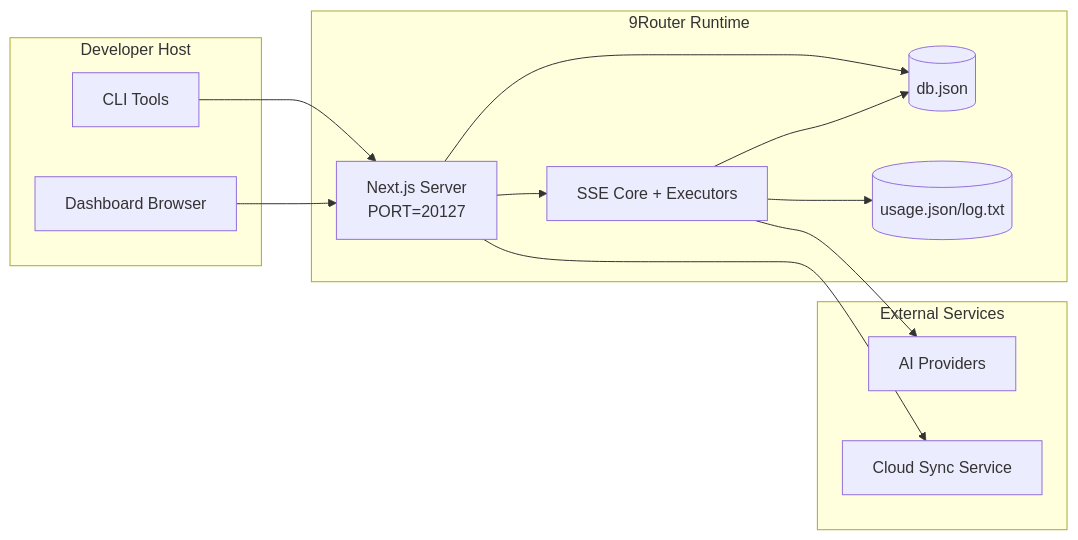
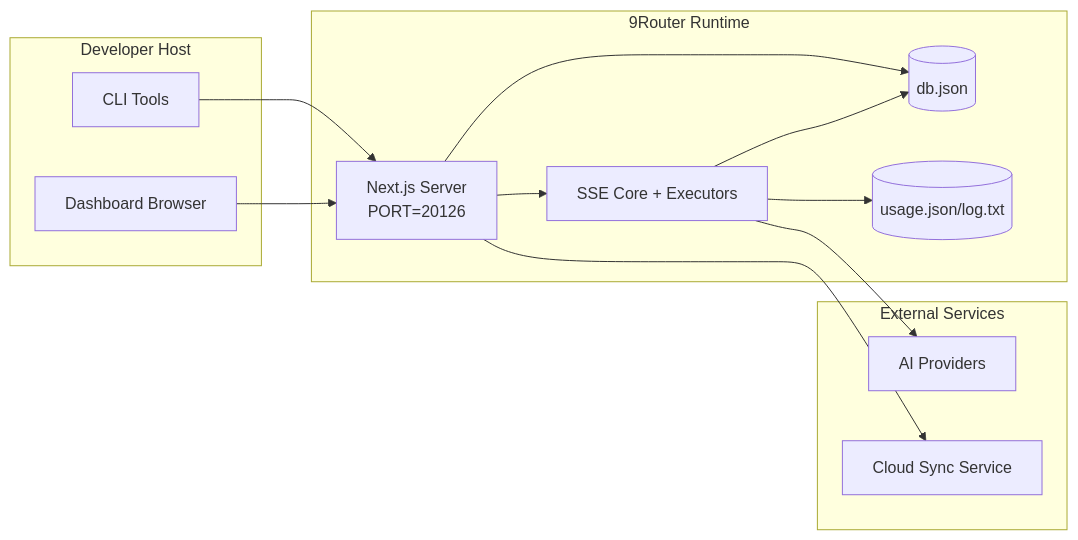
Before and after one commit to thanhpk6120/t-router: the seventh of 7 diagrams in docs/ARCHITECTURE.md, drawn with Mermaid. The commit also changed other lines of this file and 56 other files, not shown here.

````diff
--- a/docs/ARCHITECTURE.md
+++ b/docs/ARCHITECTURE.md
@@ -387,28 +387,28 @@
 ```mermaid
 flowchart LR
     subgraph LocalHost[Developer Host]
         CLI[CLI Tools]
         Browser[Dashboard Browser]
     end
 
     subgraph ContainerOrProcess[9Router Runtime]
-        Next[Next.js Server\nPORT=20127]
+        Next[Next.js Server\nPORT=20126]
         Core[SSE Core + Executors]
         MainDB[(db.json)]
         UsageDB[(usage.json/log.txt)]
     end
 
     subgraph External[External Services]
         Providers[AI Providers]
         SyncCloud[Cloud Sync Service]
     end
 
     CLI --> Next
     Browser --> Next
     Next --> Core
     Next --> MainDB
     Core --> MainDB
     Core --> UsageDB
     Core --> Providers
     Next --> SyncCloud
 ```
````
